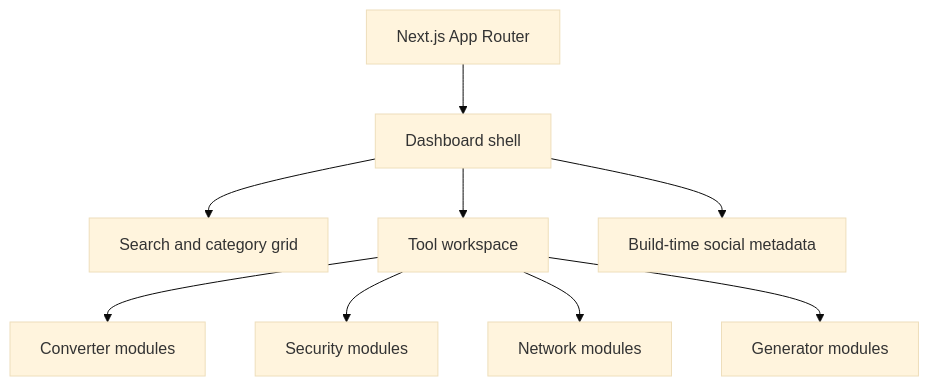
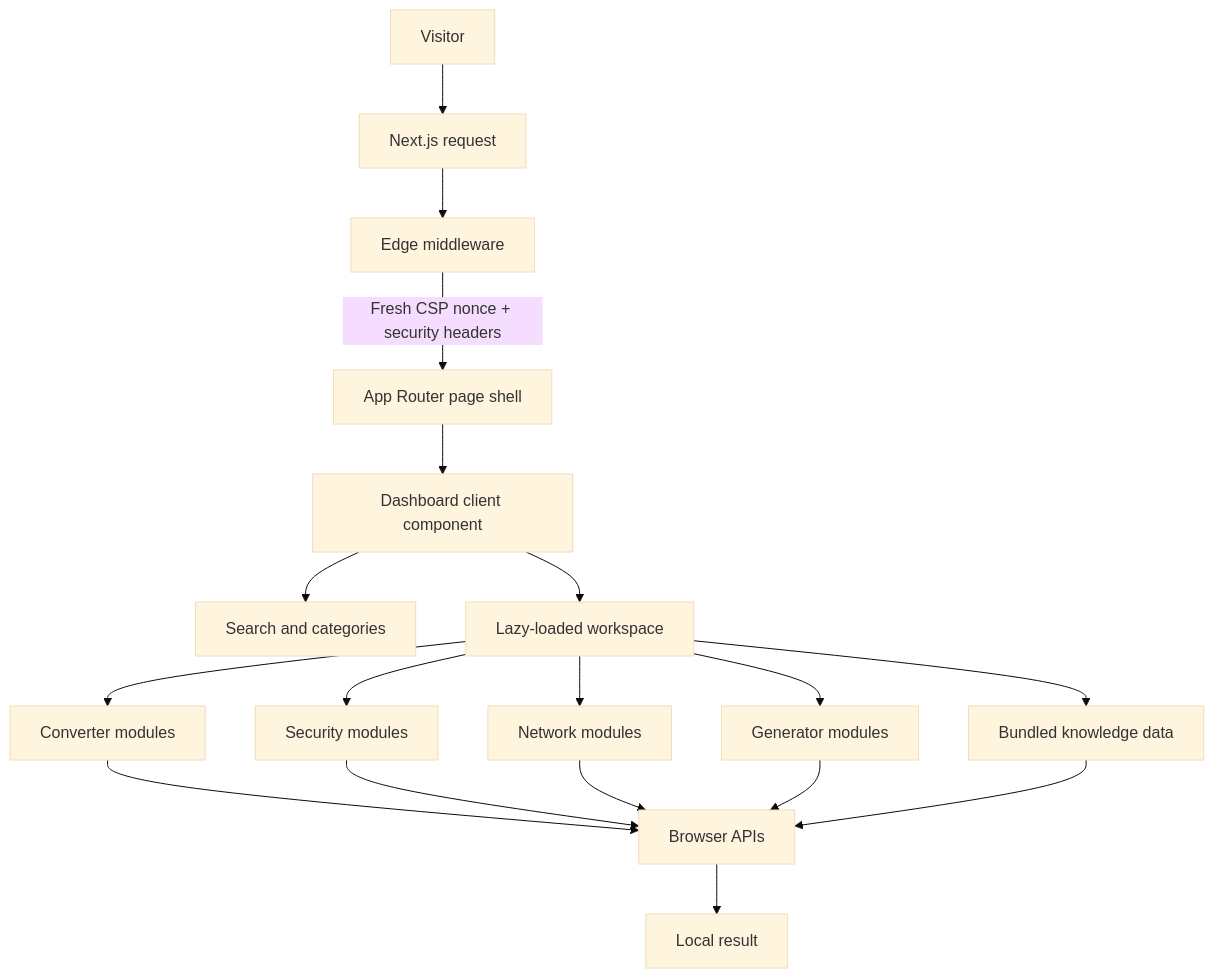
One commit to CollabCircle-Official/DevKitCircle changed the second of 4 diagrams in readme.md. Above: the diagram before and after it, drawn with Mermaid (base theme). The commit also changed other lines of this file and 3 other files, not shown here.

````diff
--- a/readme.md
+++ b/readme.md
@@ -54,11 +178,23 @@
 ```mermaid
 flowchart TD
-    A[Next.js App Router] --> D[Dashboard shell]
-    D --> G[Search and category grid]
-    D --> T[Tool workspace]
-    T --> C[Converter modules]
-    T --> S[Security modules]
-    T --> N[Network modules]
-    T --> H[Generator modules]
-    D --> E[Build-time social metadata]
+    V[Visitor] --> E[Next.js request]
+    E --> MW[Edge middleware]
+    MW -->|Fresh CSP nonce + security headers| P[App Router page shell]
+    P --> D[Dashboard client component]
+    D --> S[Search and categories]
+    D --> L[Lazy-loaded workspace]
+
+    L --> C[Converter modules]
+    L --> SEC[Security modules]
+    L --> N[Network modules]
+    L --> G[Generator modules]
+    L --> K[Bundled knowledge data]
+
+    C --> B[Browser APIs]
+    SEC --> B
+    N --> B
+    G --> B
+    K --> B
+
+    B --> O[Local result]
 ```
````
